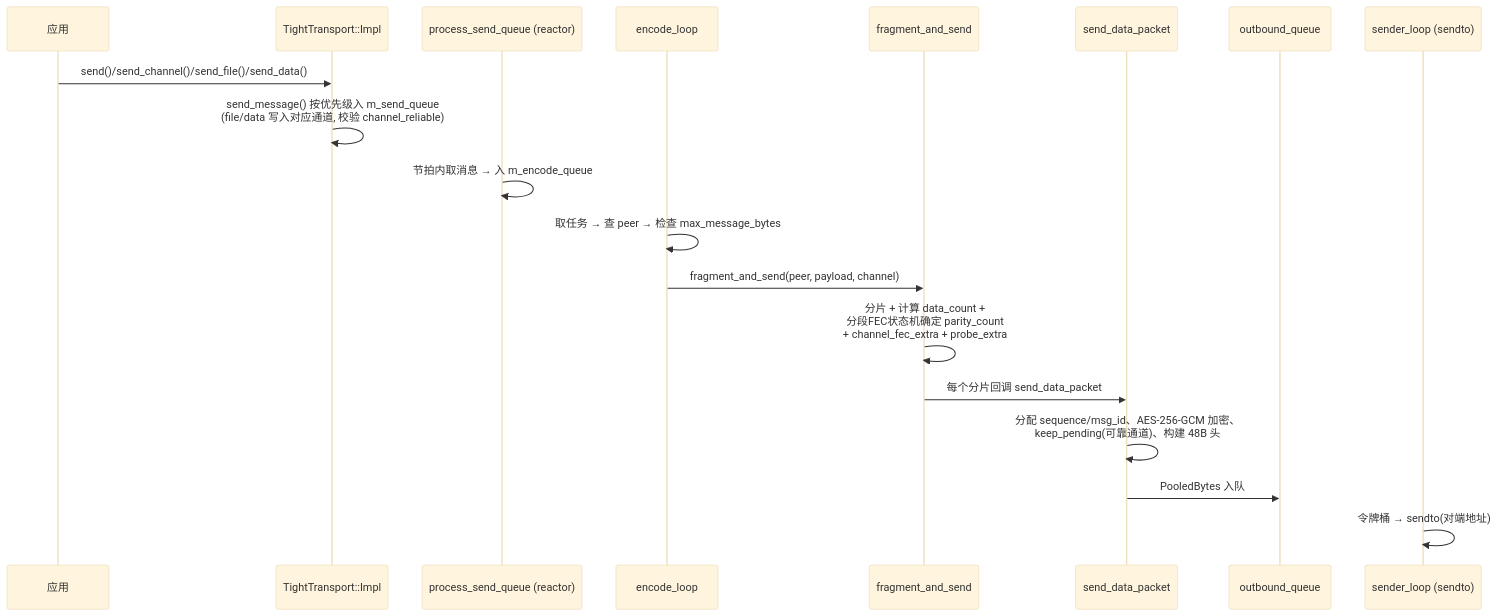
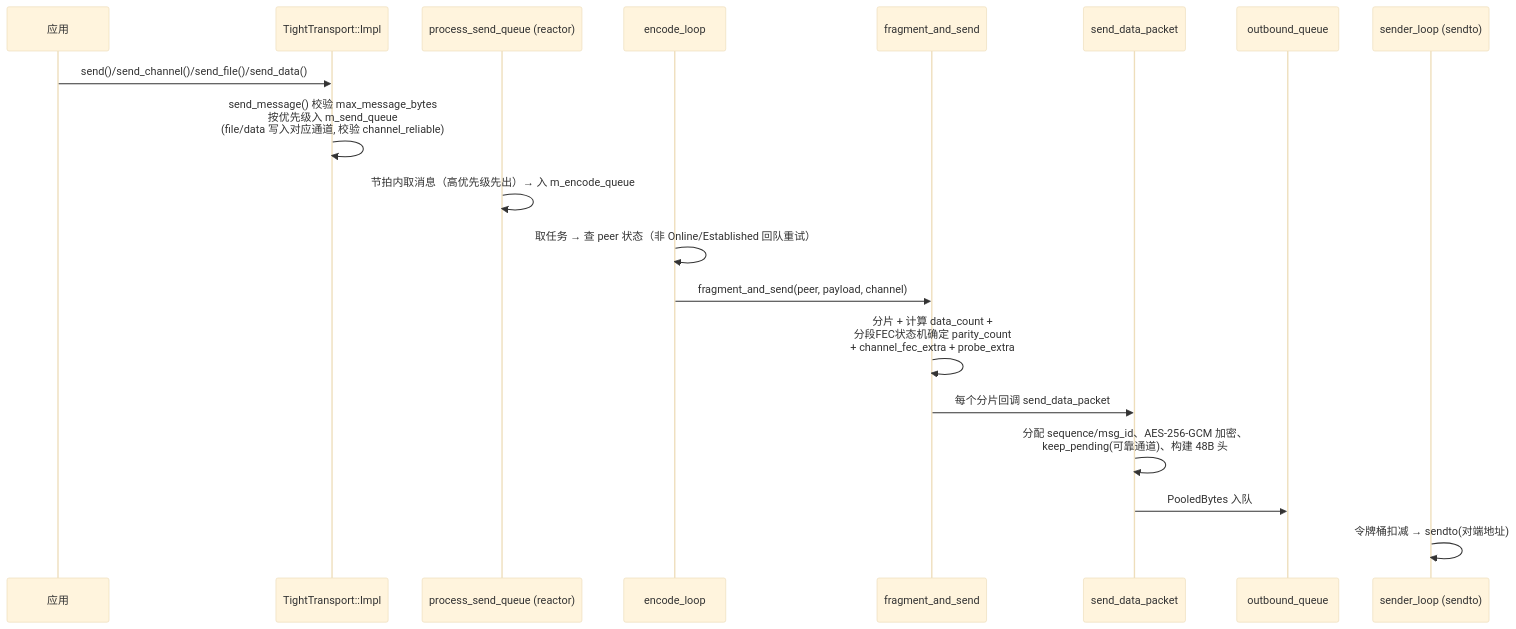
One commit to arrayforward/tight changed the third of 10 diagrams in docs/tight_architecture.md. Above: the diagram before and after it, drawn with Mermaid (base theme). The commit also changed other lines of this file and 5 other files, not shown here.

First line of the commit message:
docs: add design & API reference docs, refresh architecture/usage with mermaid

````diff
--- a/docs/tight_architecture.md
+++ b/docs/tight_architecture.md
@@ -113,22 +146,22 @@
 ```mermaid
 sequenceDiagram
     participant App as 应用
     participant Impl as TightTransport::Impl
     participant PSQ as process_send_queue (reactor)
     participant ENC as encode_loop
     participant FRAG as fragment_and_send
     participant PKT as send_data_packet
     participant OUT as outbound_queue
     participant SD as sender_loop (sendto)
 
     App->>Impl: send()/send_channel()/send_file()/send_data()
-    Impl->>Impl: send_message() 按优先级入 m_send_queue<br/>(file/data 写入对应通道, 校验 channel_reliable)
-    PSQ->>PSQ: 节拍内取消息 → 入 m_encode_queue
-    ENC->>ENC: 取任务 → 查 peer → 检查 max_message_bytes
+    Impl->>Impl: send_message() 校验 max_message_bytes<br/>按优先级入 m_send_queue<br/>(file/data 写入对应通道, 校验 channel_reliable)
+    PSQ->>PSQ: 节拍内取消息（高优先级先出）→ 入 m_encode_queue
+    ENC->>ENC: 取任务 → 查 peer 状态（非 Online/Established 回队重试）
     ENC->>FRAG: fragment_and_send(peer, payload, channel)
     FRAG->>FRAG: 分片 + 计算 data_count +<br/>分段FEC状态机确定 parity_count<br/>+ channel_fec_extra + probe_extra
     FRAG->>PKT: 每个分片回调 send_data_packet
     PKT->>PKT: 分配 sequence/msg_id、AES-256-GCM 加密、<br/>keep_pending(可靠通道)、构建 48B 头
     PKT->>OUT: PooledBytes 入队
-    SD->>SD: 令牌桶 → sendto(对端地址)
+    SD->>SD: 令牌桶扣减 → sendto(对端地址)
 ```
````
